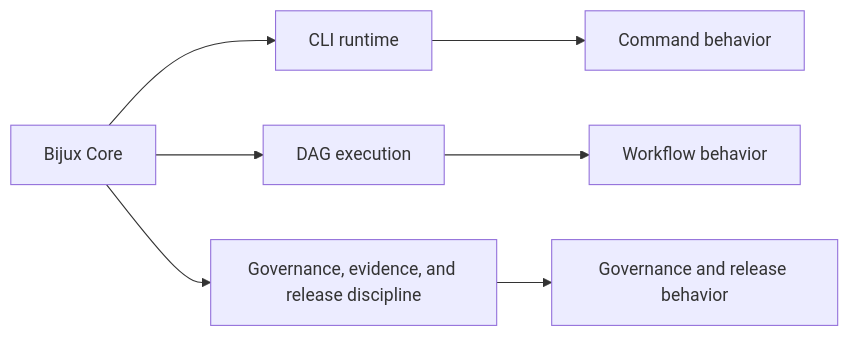
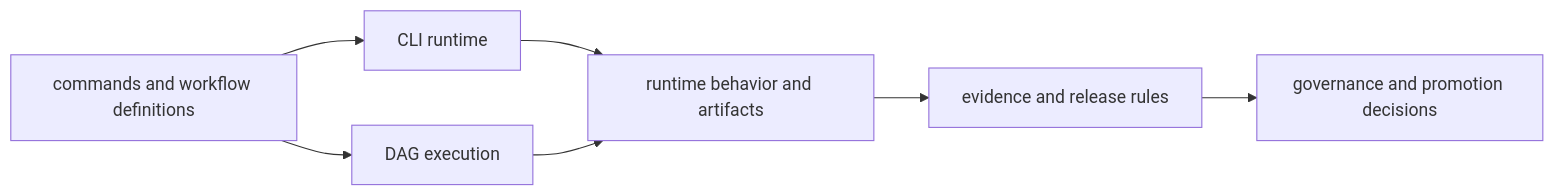
The first of 2 diagrams in docs/02-projects/bijux-core/index.md (bijux/bijux.github.io), drawn with Mermaid before and after one commit. The commit also changed other lines of this file, not shown here.

Commit message:
docs(projects): redraw core authority flow

````diff
--- a/docs/02-projects/bijux-core/index.md
+++ b/docs/02-projects/bijux-core/index.md
@@ -40,10 +40,9 @@
 ```mermaid
 graph LR
-    core["Bijux Core"] --> cli["CLI runtime"]
-    core --> dag["DAG execution"]
-    core --> control["Governance, evidence, and release discipline"]
-
-    cli --> command["Command behavior"]
-    dag --> workflow["Workflow behavior"]
-    control --> governance["Governance and release behavior"]
+    inputs["commands and workflow definitions"] --> cli["CLI runtime"]
+    inputs --> dag["DAG execution"]
+    cli --> outputs["runtime behavior and artifacts"]
+    dag --> outputs
+    outputs --> evidence["evidence and release rules"]
+    evidence --> governance["governance and promotion decisions"]
 ```
````
